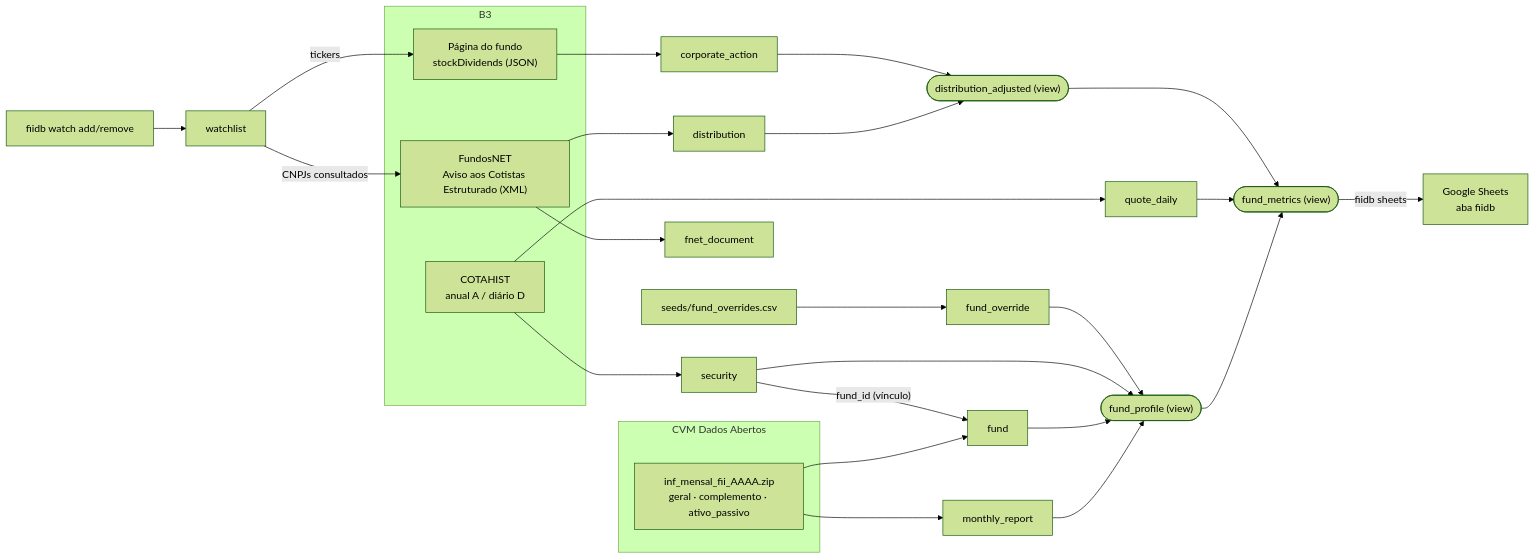
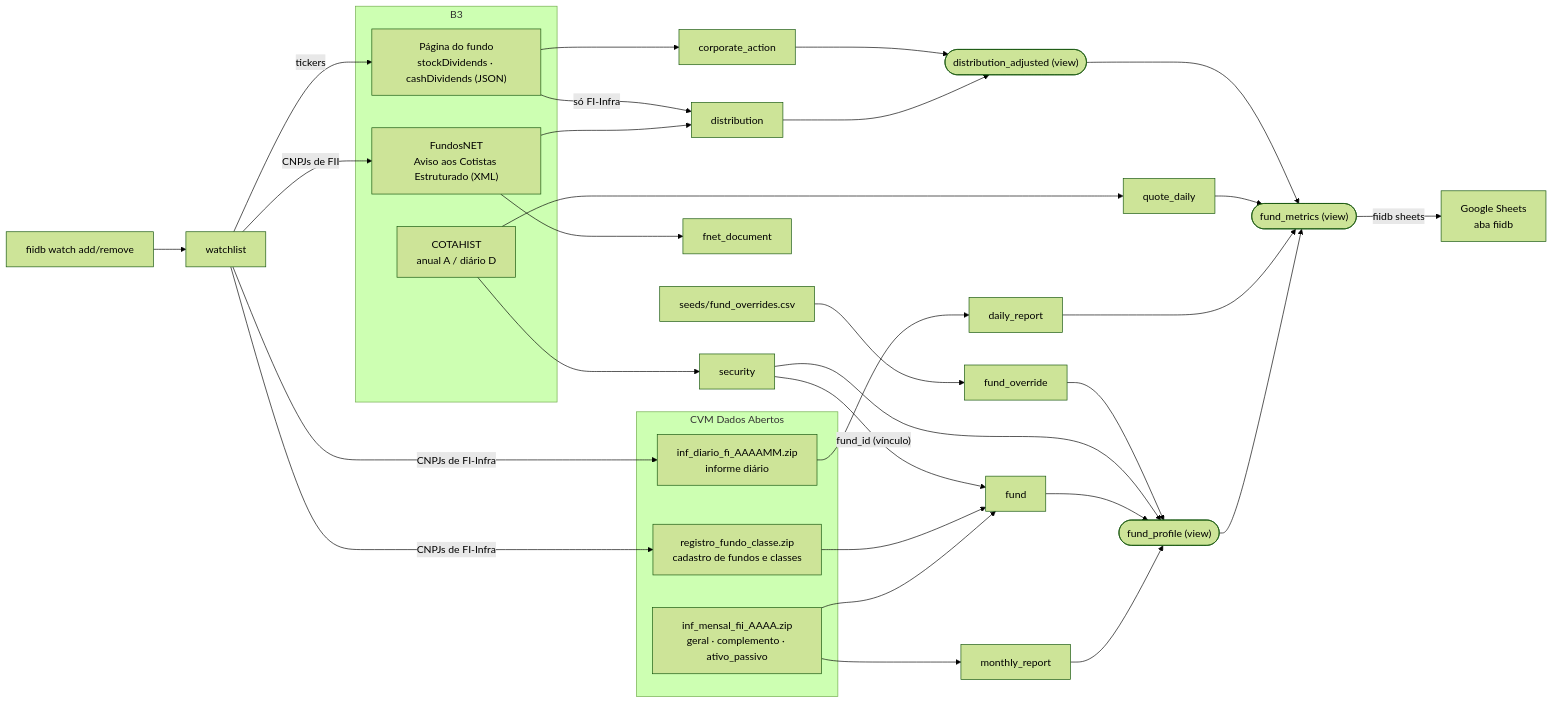
The diagram in docs/ingestion.md (joao-sallaberry/fiidb), drawn with Mermaid (forest theme) before and after one commit. The commit also changed other lines of this file and 16 other files, not shown here.

````diff
--- a/docs/ingestion.md
+++ b/docs/ingestion.md
@@ -8,37 +8,45 @@
 ```mermaid
 flowchart LR
     subgraph CVM["CVM Dados Abertos"]
         IM["inf_mensal_fii_AAAA.zip<br/>geral · complemento · ativo_passivo"]
+        RG["registro_fundo_classe.zip<br/>cadastro de fundos e classes"]
+        ID["inf_diario_fi_AAAAMM.zip<br/>informe diário"]
     end
     subgraph B3
         CH["COTAHIST<br/>anual A / diário D"]
         FN["FundosNET<br/>Aviso aos Cotistas Estruturado (XML)"]
-        BF["Página do fundo<br/>stockDividends (JSON)"]
+        BF["Página do fundo<br/>stockDividends · cashDividends (JSON)"]
     end
     SEED["seeds/fund_overrides.csv"]
     CLI["fiidb watch add/remove"]
 
     IM --> fund
     IM --> monthly_report
     CH --> quote_daily
     CH --> security
     CLI --> watchlist
-    watchlist -- "CNPJs consultados" --> FN
+    watchlist -- "CNPJs de FII" --> FN
     FN --> fnet_document
     FN --> distribution
     watchlist -- "tickers" --> BF
     BF --> corporate_action
+    BF -- "só FI-Infra" --> distribution
+    watchlist -- "CNPJs de FI-Infra" --> RG
+    RG --> fund
+    watchlist -- "CNPJs de FI-Infra" --> ID
+    ID --> daily_report
     SEED --> fund_override
 
     security -- "fund_id (vínculo)" --> fund
     monthly_report --> fund_profile(["fund_profile (view)"])
     fund --> fund_profile
     security --> fund_profile
     fund_override --> fund_profile
     fund_profile --> fund_metrics(["fund_metrics (view)"])
+    daily_report --> fund_metrics
     quote_daily --> fund_metrics
     distribution --> distribution_adjusted(["distribution_adjusted (view)"])
     corporate_action --> distribution_adjusted
     distribution_adjusted --> fund_metrics
     fund_metrics -- "fiidb sheets" --> SHEET["Google Sheets<br/>aba fiidb"]
 ```
````
